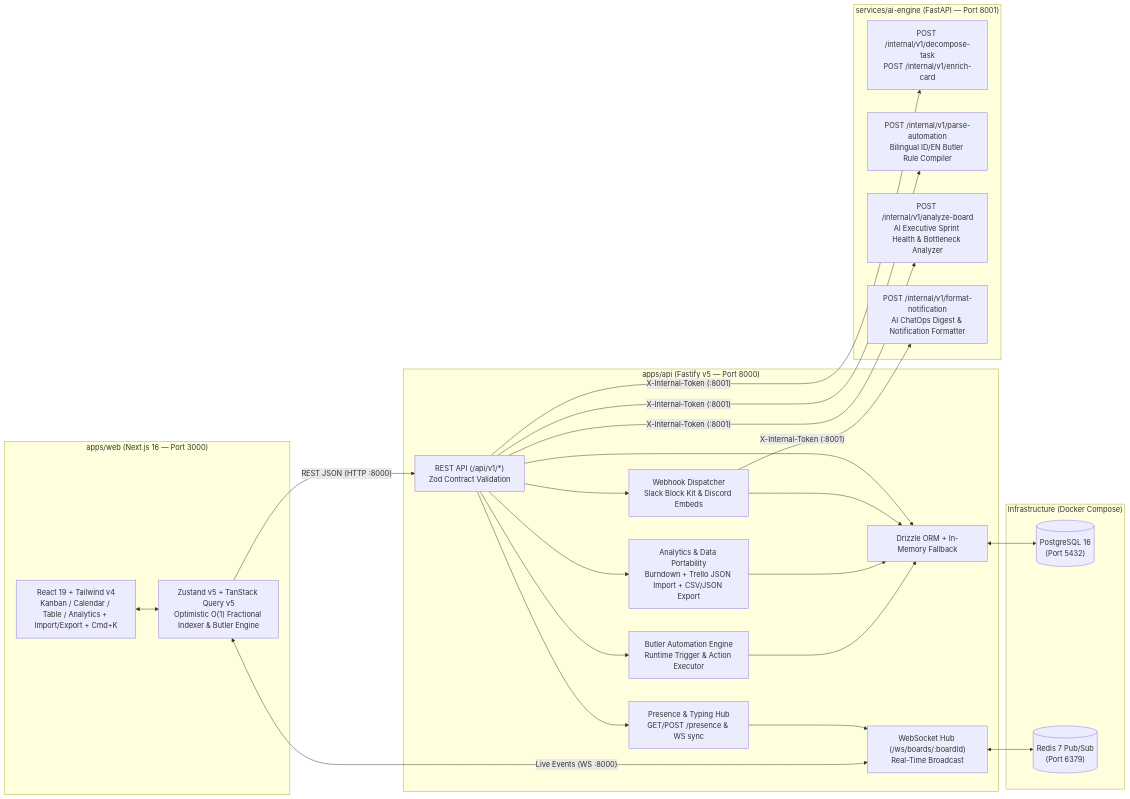
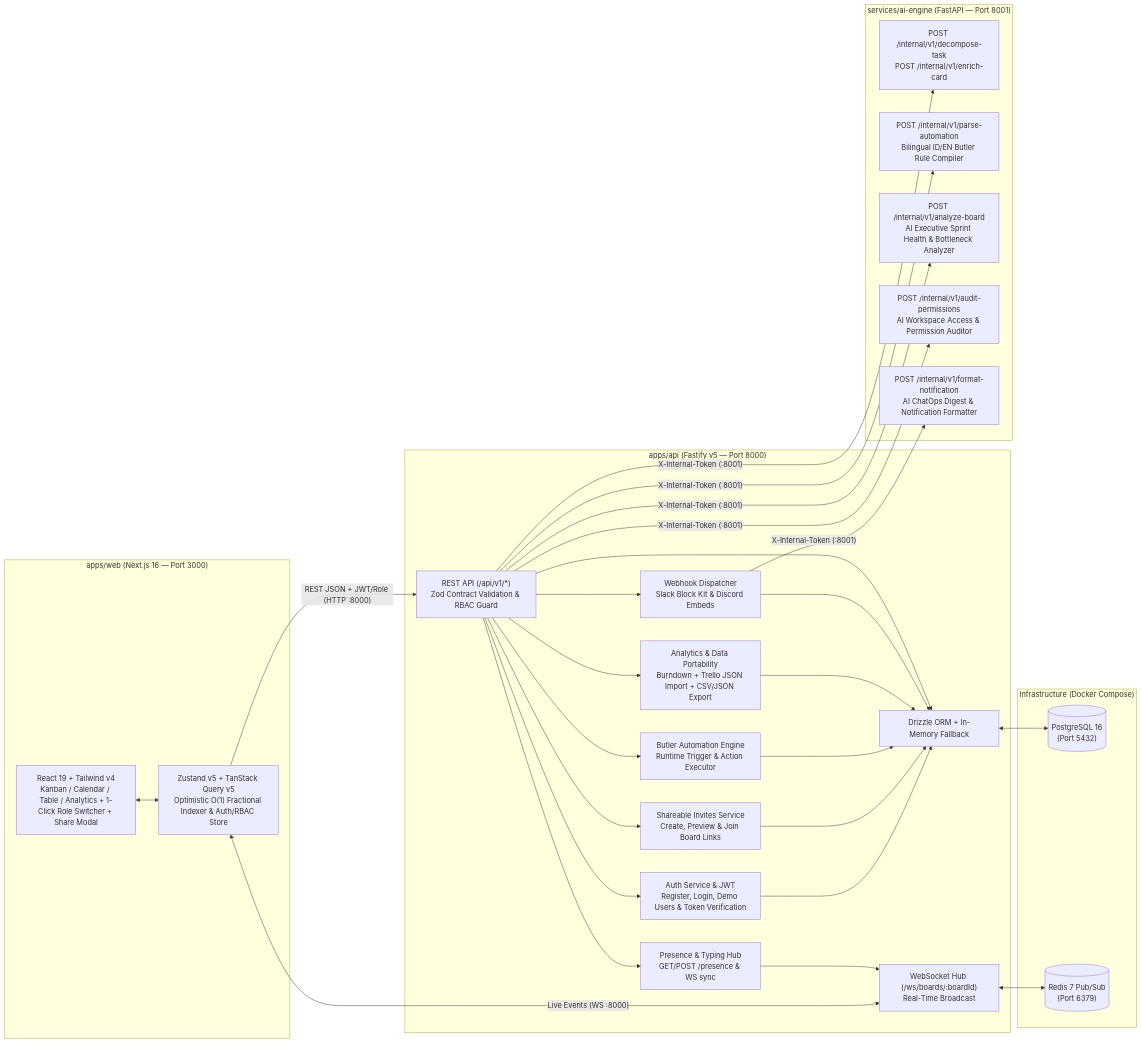
The diagram in README.md (DimasNuryadin/kanbanify), drawn with Mermaid before and after one commit. The commit also changed other lines of this file and 1 other file, not shown here.

Commit message:
feat(phase6): upgrade e2e smoke test and document auth, rbac, and invite links in README

````diff
--- a/README.md
+++ b/README.md
@@ -11,48 +11,56 @@
 ```mermaid
 flowchart LR
     subgraph Client ["apps/web (Next.js 16 — Port 3000)"]
-        UI["React 19 + Tailwind v4\nKanban / Calendar / Table / Analytics + Import/Export + Cmd+K"]
-        Store["Zustand v5 + TanStack Query v5\nOptimistic O(1) Fractional Indexer & Butler Engine"]
+        UI["React 19 + Tailwind v4\nKanban / Calendar / Table / Analytics + 1-Click Role Switcher + Share Modal"]
+        Store["Zustand v5 + TanStack Query v5\nOptimistic O(1) Fractional Indexer & Auth/RBAC Store"]
     end
 
     subgraph CoreAPI ["apps/api (Fastify v5 — Port 8000)"]
-        REST["REST API (/api/v1/*)\nZod Contract Validation"]
+        REST["REST API (/api/v1/*)\nZod Contract Validation & RBAC Guard"]
+        Auth["Auth Service & JWT\nRegister, Login, Demo Users & Token Verification"]
+        Invites["Shareable Invites Service\nCreate, Preview & Join Board Links"]
         Butler["Butler Automation Engine\nRuntime Trigger & Action Executor"]
         Analytics["Analytics & Data Portability\nBurndown + Trello JSON Import + CSV/JSON Export"]
         Presence["Presence & Typing Hub\nGET/POST /presence & WS sync"]
         Webhook["Webhook Dispatcher\nSlack Block Kit & Discord Embeds"]
         WS["WebSocket Hub (/ws/boards/:boardId)\nReal-Time Broadcast"]
         Repo["Drizzle ORM + In-Memory Fallback"]
     end
 
     subgraph AIEngine ["services/ai-engine (FastAPI — Port 8001)"]
         Decomposer["POST /internal/v1/decompose-task\nPOST /internal/v1/enrich-card"]
         RuleParser["POST /internal/v1/parse-automation\nBilingual ID/EN Butler Rule Compiler"]
         BoardAnalyzer["POST /internal/v1/analyze-board\nAI Executive Sprint Health & Bottleneck Analyzer"]
+        Auditor["POST /internal/v1/audit-permissions\nAI Workspace Access & Permission Auditor"]
         Formatter["POST /internal/v1/format-notification\nAI ChatOps Digest & Notification Formatter"]
     end
 
     subgraph Infra ["Infrastructure (Docker Compose)"]
         PG[("PostgreSQL 16\n(Port 5432)")]
         RD[("Redis 7 Pub/Sub\n(Port 6379)")]
     end
 
     UI <--> Store
-    Store -- "REST JSON (HTTP :8000)" --> REST
+    Store -- "REST JSON + JWT/Role (HTTP :8000)" --> REST
     Store <-- "Live Events (WS :8000)" --> WS
+    REST --> Auth
+    REST --> Invites
     REST --> Butler
     REST --> Analytics
     REST --> Presence
     REST --> Webhook
+    Auth --> Repo
+    Invites --> Repo
     Butler --> Repo
     Analytics --> Repo
     Presence --> WS
     Webhook --> Repo
     REST --> Repo
     Repo <--> PG
     WS <--> RD
     REST -- "X-Internal-Token (:8001)" --> Decomposer
     REST -- "X-Internal-Token (:8001)" --> RuleParser
     REST -- "X-Internal-Token (:8001)" --> BoardAnalyzer
+    REST -- "X-Internal-Token (:8001)" --> Auditor
     Webhook -- "X-Internal-Token (:8001)" --> Formatter
 ```
````
